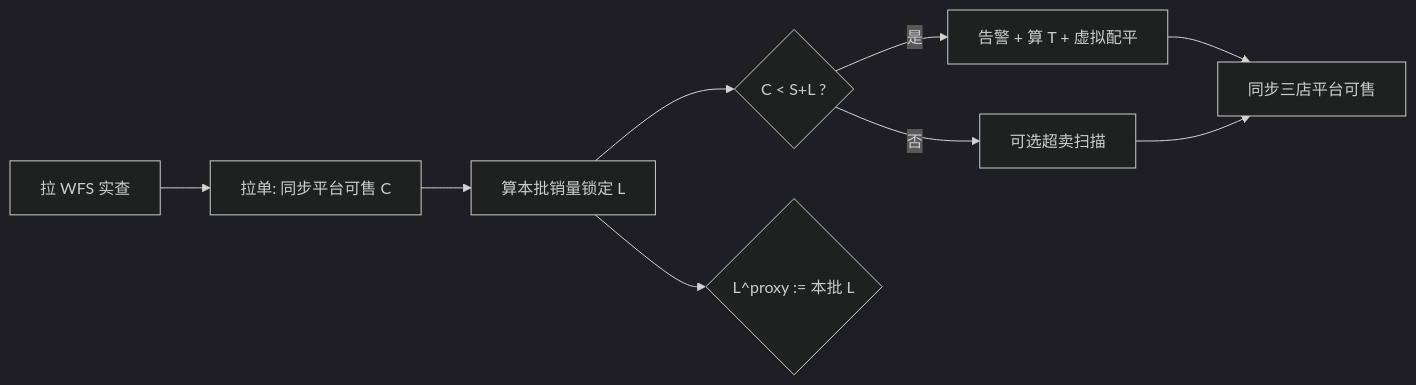
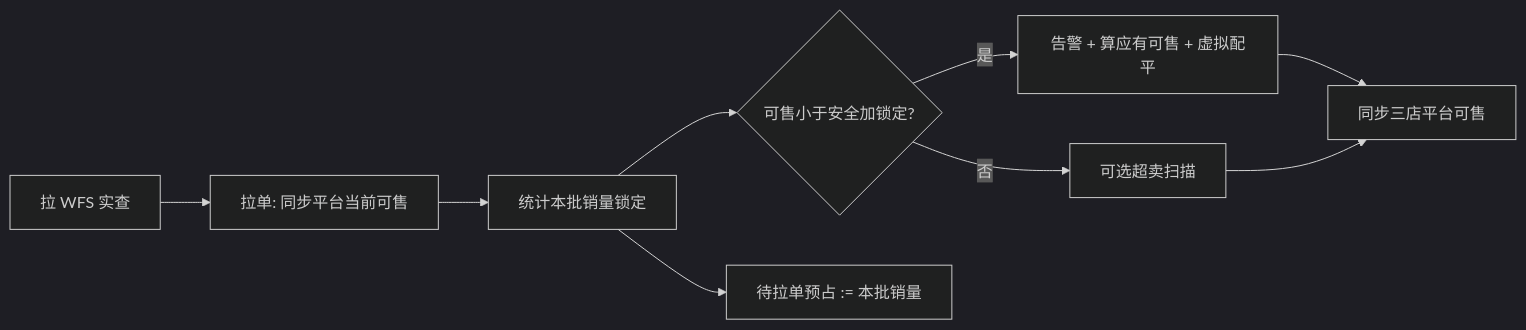
Before and after one commit to 18501404120/cursor: the diagram in 文件夹/需求/商超3p需求/原型/WFS共享库存与自动借货-方案-v2.md, drawn with Mermaid (dark theme). The commit also changed other lines of this file and 2 other files, not shown here.

````diff
--- a/文件夹/需求/商超3p需求/原型/WFS共享库存与自动借货-方案-v2.md
+++ b/文件夹/需求/商超3p需求/原型/WFS共享库存与自动借货-方案-v2.md
@@ -136,11 +136,11 @@
 ```mermaid
 flowchart LR
-  A[拉 WFS 实查] --> B[拉单: 同步平台可售 C]
-  B --> C[算本批销量锁定 L]
-  C --> D{C < S+L ?}
-  D -->|是| E[告警 + 算 T + 虚拟配平]
+  A[拉 WFS 实查] --> B[拉单: 同步平台当前可售]
+  B --> C[统计本批销量锁定]
+  C --> D{可售小于安全加锁定?}
+  D -->|是| E[告警 + 算应有可售 + 虚拟配平]
   D -->|否| F[可选超卖扫描]
   E --> G[同步三店平台可售]
   F --> G
-  C --> H{L^proxy := 本批 L}
+  C --> H[待拉单预占 := 本批销量]
 ```
````
